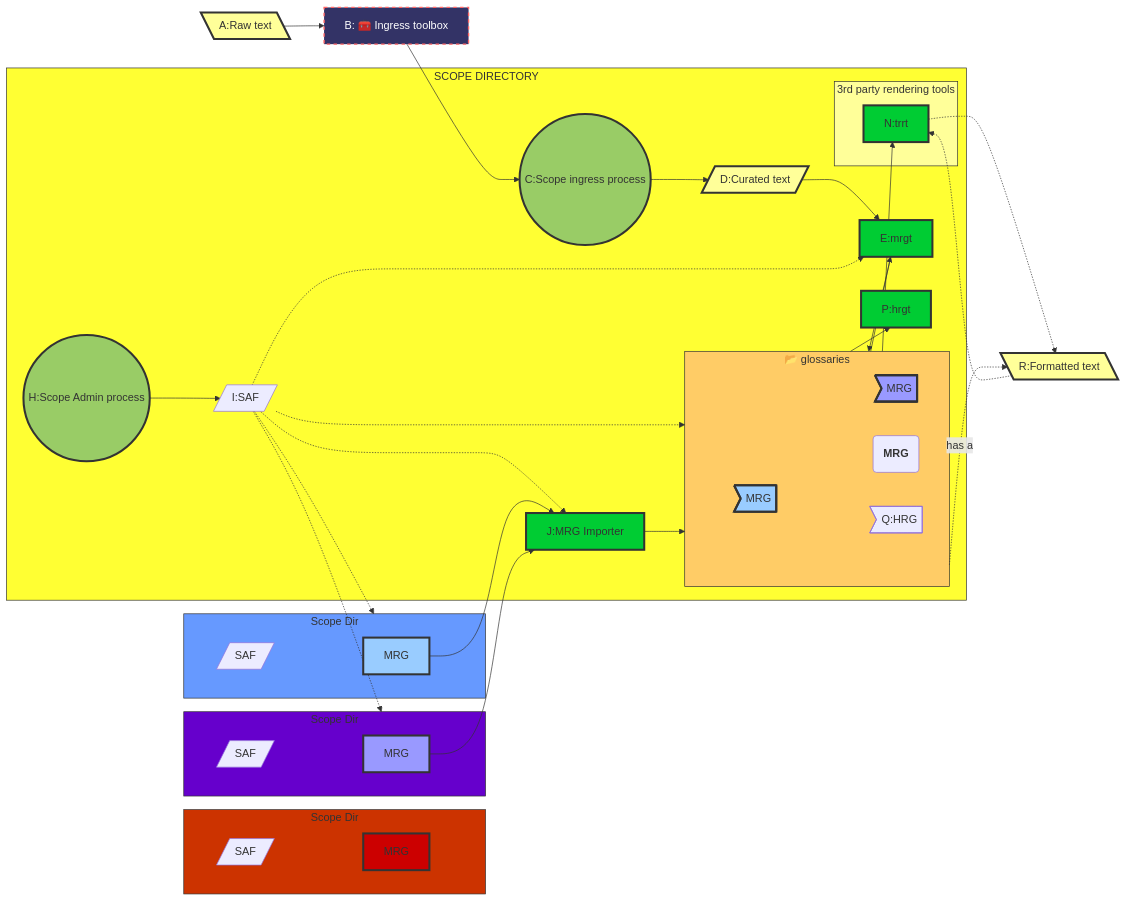
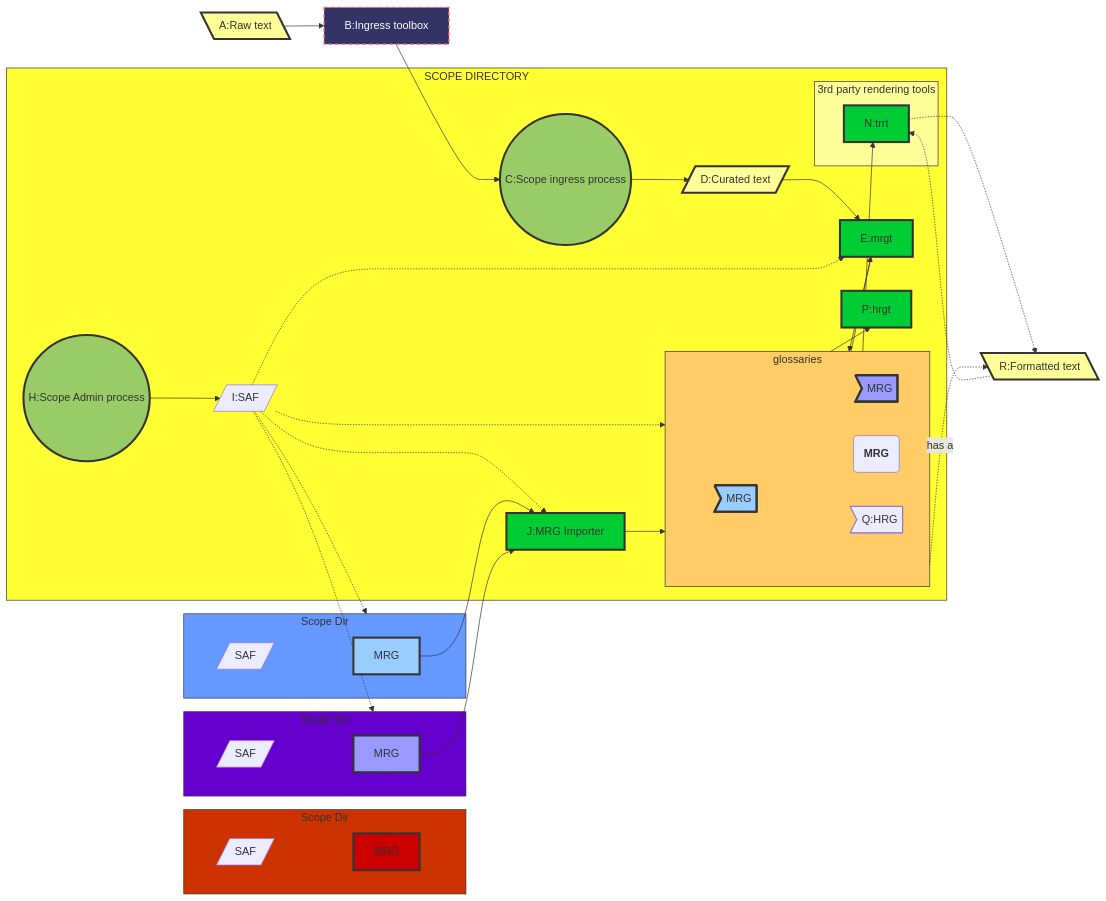
One commit to trustoverip/ctwg-terminology-governance-guide changed diagram 17 of 18 in spec/integration.md. Above: the diagram before and after it, drawn with Mermaid. The commit also changed other lines of this file and 1 other file, not shown here.

Commit message:
debugging Mermaid 8.8.0

````diff
--- a/spec/integration.md
+++ b/spec/integration.md
@@ -163,65 +462,63 @@
 ```mermaid
 flowchart LR
     subgraph one [SCOPE DIRECTORY]
     H((H:Scope Admin process)):::armyGreenFill--> I[/I:SAF/]
     %% X ~~~~ H
     C --> D[/D:Curated text/]:::lightYellowFill
     I -.-> two
     I -.-> J[J:MRG Importer]:::medGreenFill
-    subgraph two[📂 glossaries]
+    subgraph two[glossaries]
         K>MRG]:::lightBlueFill; L>MRG]:::violetFill
         M("`**MRG**`")
         Q>Q:HRG]
     end
     subgraph seven[3rd party rendering tools]
         N[N:trrt]:::medGreenFill
     end
     J --> two
     two --> E
     D --> E[E:mrgt]:::medGreenFill
     I -.-> E
     P[P:hrgt]:::medGreenFill
     E --> two
     two --> P
     two --> N
     two --> Q
  end
     I -.-> three
     I -.-> four
     W --> J
     WW --> J
     WWW ~~~ J
     two -.-> |has a| R[\R:Formatted text\]:::lightYellowFill
     R -.-> N
     N -.-> R
-    A[\A:Raw text\]:::lightYellowFill --> B[B: 🧰 Ingress toolbox]
-    B --> C((C:Scope ingress process)):::armyGreenFill
-%% subgraph six[External glossaries]    
+    A[\A:Raw text\]:::lightYellowFill --> B[B:Ingress toolbox]
+    B --> C((C:Scope ingress process)):::armyGreenFill   
    subgraph three[Scope Dir]
    V[/SAF/] ~~~ W[MRG]:::lightBlueFill
    end
    subgraph four[Scope Dir]
    VV[/SAF/] ~~~ WW[MRG]:::violetFill
    end
     subgraph five[Scope Dir]
    VVV[/SAF/] ~~~ WWW[MRG]:::lightRedFill
    end
-%% end
 classDef lightYellowFill fill:#ff9,stroke:#333,stroke-width:3px
 classDef medGreenFill fill:#0c3,stroke:#333,stroke-width:3px
 classDef armyGreenFill fill:#9c6,stroke:#333,stroke-width:3px
 classDef lightBlueFill fill:#9cf,stroke:#333,stroke-width:3px
 classDef violetFill fill:#99f,stroke:#333,stroke-width:3px
 classDef lightRedFill fill:#c00,stroke:#333,stroke-width:3px
 style B fill:#336,stroke:#f66,stroke-width:2px,color:#fff,stroke-dasharray: 5 5
 style one fill:#ff3,stroke:#333,stroke-width:1px
 style two fill:#fc6,stroke:#333,stroke-width:1px
 style three fill:#69f,stroke:#333,stroke-width:1px
 style four fill:#60c,stroke:#333,stroke-width:1px
 style five fill:#c30,stroke:#333,stroke-width:1px
 style seven fill:#ff9,stroke:#333,stroke-width:1px
 click J href "https://tno-terminology-design.github.io/tev2-specifications/docs/specs/tools/mrg-import" "Open this in a new tab" _blank
 click E href "https://tno-terminology-design.github.io/tev2-specifications/docs/specs/tools/mrgt" "Open this in a new tab" _blank
 click P href "https://tno-terminology-design.github.io/tev2-specifications/docs/specs/tools/hrgt" "Open this in a new tab" _blank
 click N href "https://tno-terminology-design.github.io/tev2-specifications/docs/specs/tools/trrt" "Open this in a new tab" _blank
 ```
````
